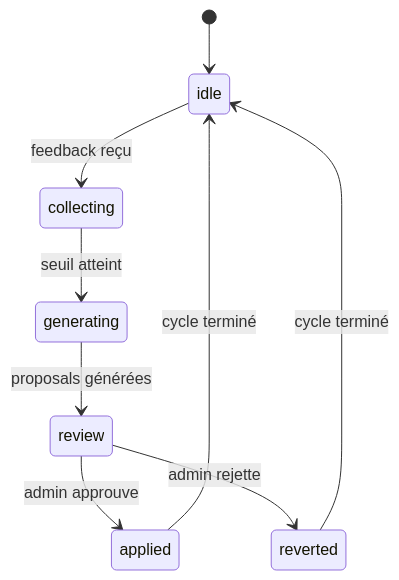
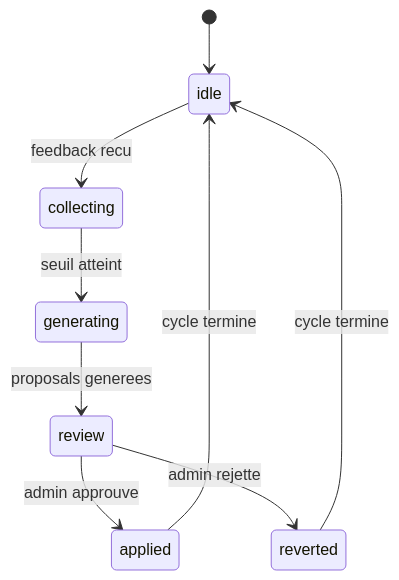
One commit to electron-rare/kxkm_clown changed diagram 11 of 14 in docs/ARCHITECTURE.md. Above: the diagram before and after it, drawn with Mermaid. The commit also changed other lines of this file and 6 other files, not shown here.

````diff
--- a/docs/ARCHITECTURE.md
+++ b/docs/ARCHITECTURE.md
@@ -254,11 +385,11 @@
 ```mermaid
 stateDiagram-v2
     [*] --> idle
-    idle --> collecting : feedback reçu
+    idle --> collecting : feedback recu
     collecting --> generating : seuil atteint
-    generating --> review : proposals générées
+    generating --> review : proposals generees
     review --> applied : admin approuve
     review --> reverted : admin rejette
-    applied --> idle : cycle terminé
-    reverted --> idle : cycle terminé
+    applied --> idle : cycle termine
+    reverted --> idle : cycle termine
 ```
````
